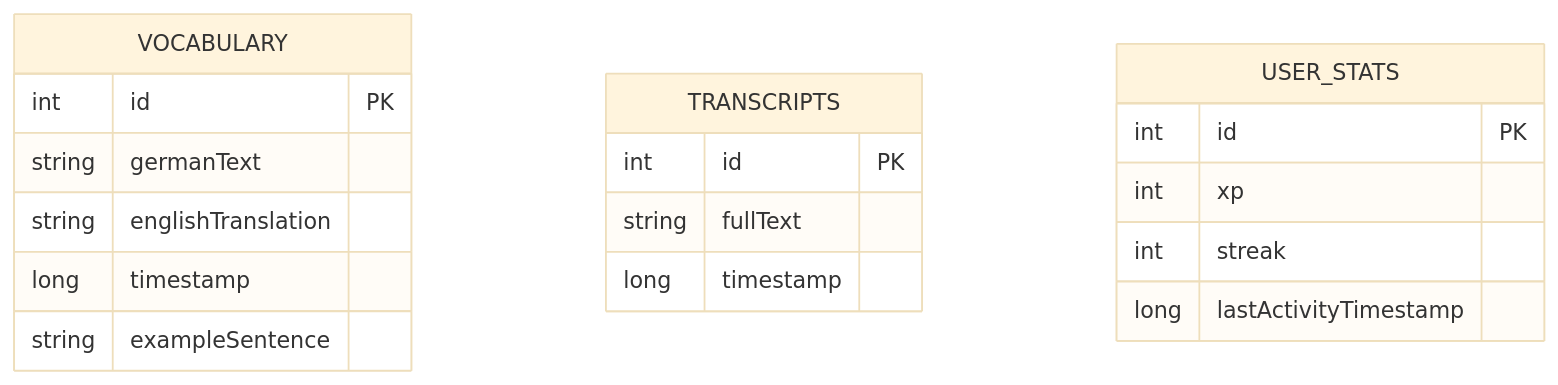
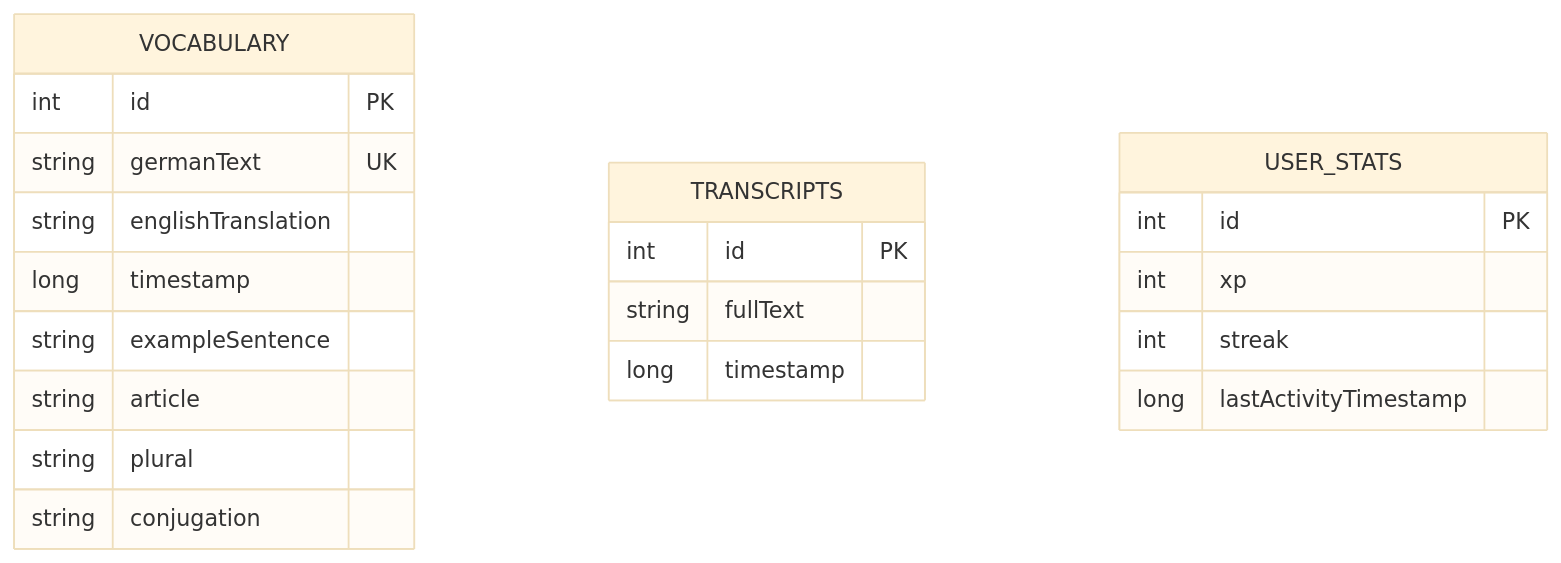
Before and after one commit to shareef01/deutschflow: the fourth of 4 diagrams in README.md, drawn with Mermaid (base theme). The commit also changed other lines of this file and 19 other files, not shown here.

````diff
--- a/README.md
+++ b/README.md
@@ -175,21 +181,24 @@
 ```mermaid
 erDiagram
     VOCABULARY {
         int id PK
-        string germanText
+        string germanText UK
         string englishTranslation
         long timestamp
         string exampleSentence
+        string article
+        string plural
+        string conjugation
     }
     TRANSCRIPTS {
         int id PK
         string fullText
         long timestamp
     }
     USER_STATS {
         int id PK
         int xp
         int streak
         long lastActivityTimestamp
     }
 ```
````
